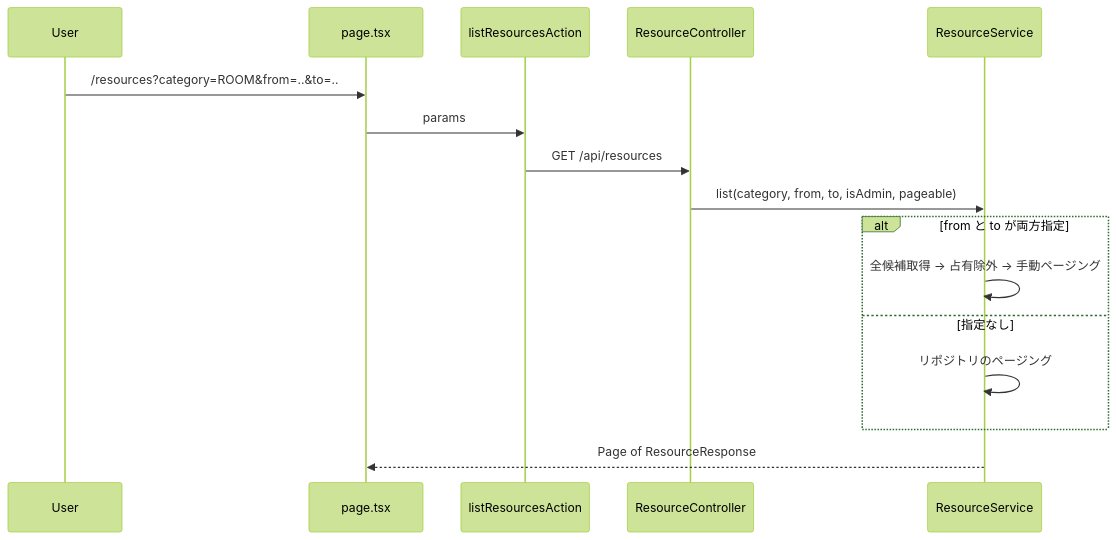
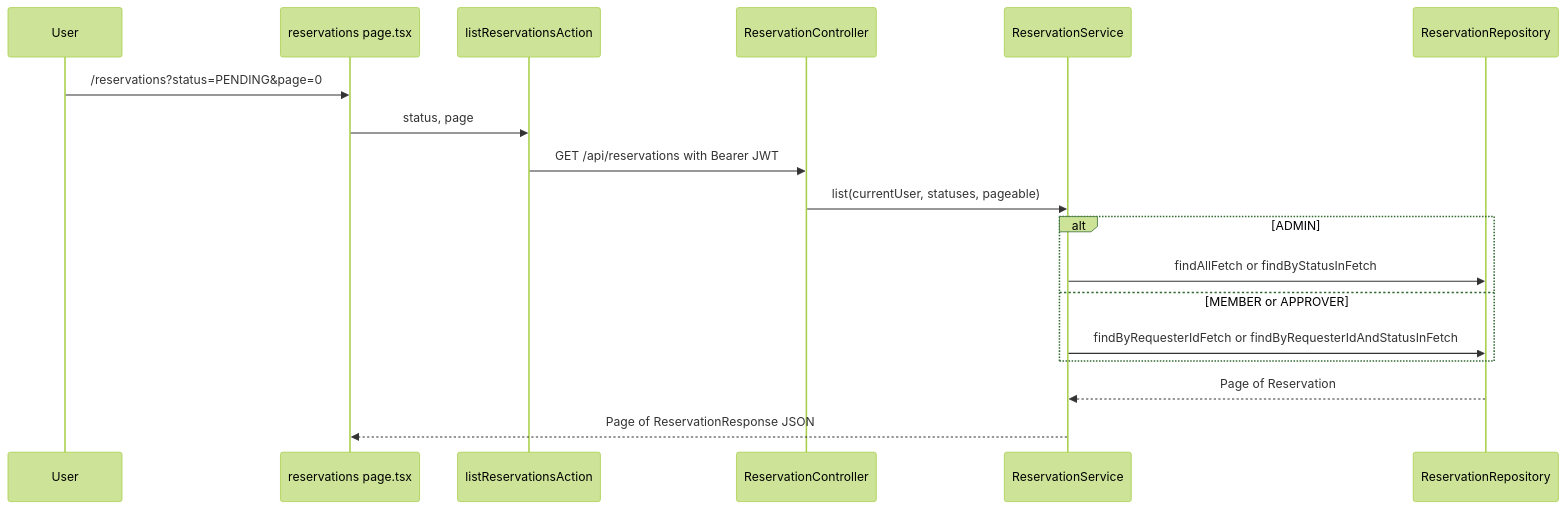
Before and after one commit to CHS-Training-Org/ai_training_for_chuo_system: the second of 2 diagrams in Docs/spec/aidlc-docs/inception/reverse-engineering/architecture.md, drawn with Mermaid (forest theme). The commit also changed other lines of this file and 28 other files, not shown here.

````diff
--- a/Docs/spec/aidlc-docs/inception/reverse-engineering/architecture.md
+++ b/Docs/spec/aidlc-docs/inception/reverse-engineering/architecture.md
@@ -45,18 +60,20 @@
 ```mermaid
 sequenceDiagram
     participant U as User
-    participant P as page.tsx
-    participant A as listResourcesAction
-    participant C as ResourceController
-    participant S as ResourceService
-    U->>P: /resources?category=ROOM&from=..&to=..
-    P->>A: params
-    A->>C: GET /api/resources
-    C->>S: list(category, from, to, isAdmin, pageable)
-    alt from と to が両方指定
-        S->>S: 全候補取得 -> 占有除外 -> 手動ページング
-    else 指定なし
-        S->>S: リポジトリのページング
+    participant P as reservations page.tsx
+    participant A as listReservationsAction
+    participant C as ReservationController
+    participant S as ReservationService
+    participant R as ReservationRepository
+    U->>P: /reservations?status=PENDING&page=0
+    P->>A: status, page
+    A->>C: GET /api/reservations with Bearer JWT
+    C->>S: list(currentUser, statuses, pageable)
+    alt ADMIN
+        S->>R: findAllFetch or findByStatusInFetch
+    else MEMBER or APPROVER
+        S->>R: findByRequesterIdFetch or findByRequesterIdAndStatusInFetch
     end
-    S-->>P: Page of ResourceResponse
+    R-->>S: Page of Reservation
+    S-->>P: Page of ReservationResponse JSON
 ```
````
